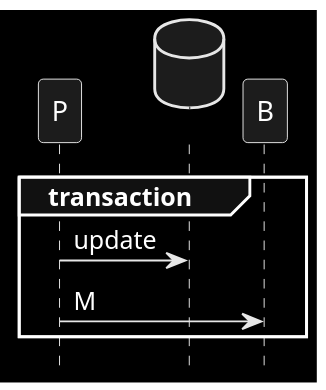
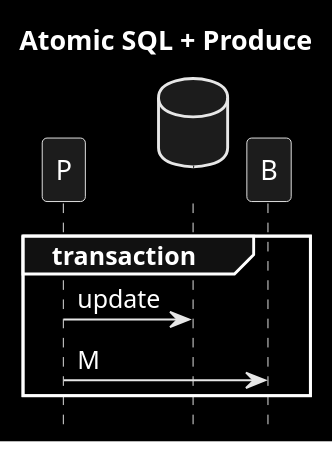
Before and after one commit to victorrentea/kafka: the diagram in patterns/5_dual_db_m.puml, drawn with PlantUML. The commit also changed 15 other files, not shown here.

```diff
--- a/patterns/5_dual_db_m.puml
+++ b/patterns/5_dual_db_m.puml
@@ -1,20 +1,21 @@
 @startuml
+title Atomic SQL + Produce
 hide footbox
 skinparam monochrome reverse
 database " " as DB order 9
 participant B order 10
 
 group transaction
     P->DB: update
     P->B: M
 '    P->DB: insert M into OUTBOX
 end
 
-'Poller->DB: select M from OUTBOX
+'Poller->DB: M = select from OUTBOX
 'Poller->B: M
 'Poller->DB: delete M from OUTBOX
 
 'group CDC
-'    DB->B:M
+'    DB->B: M
 'end
 @enduml
```
